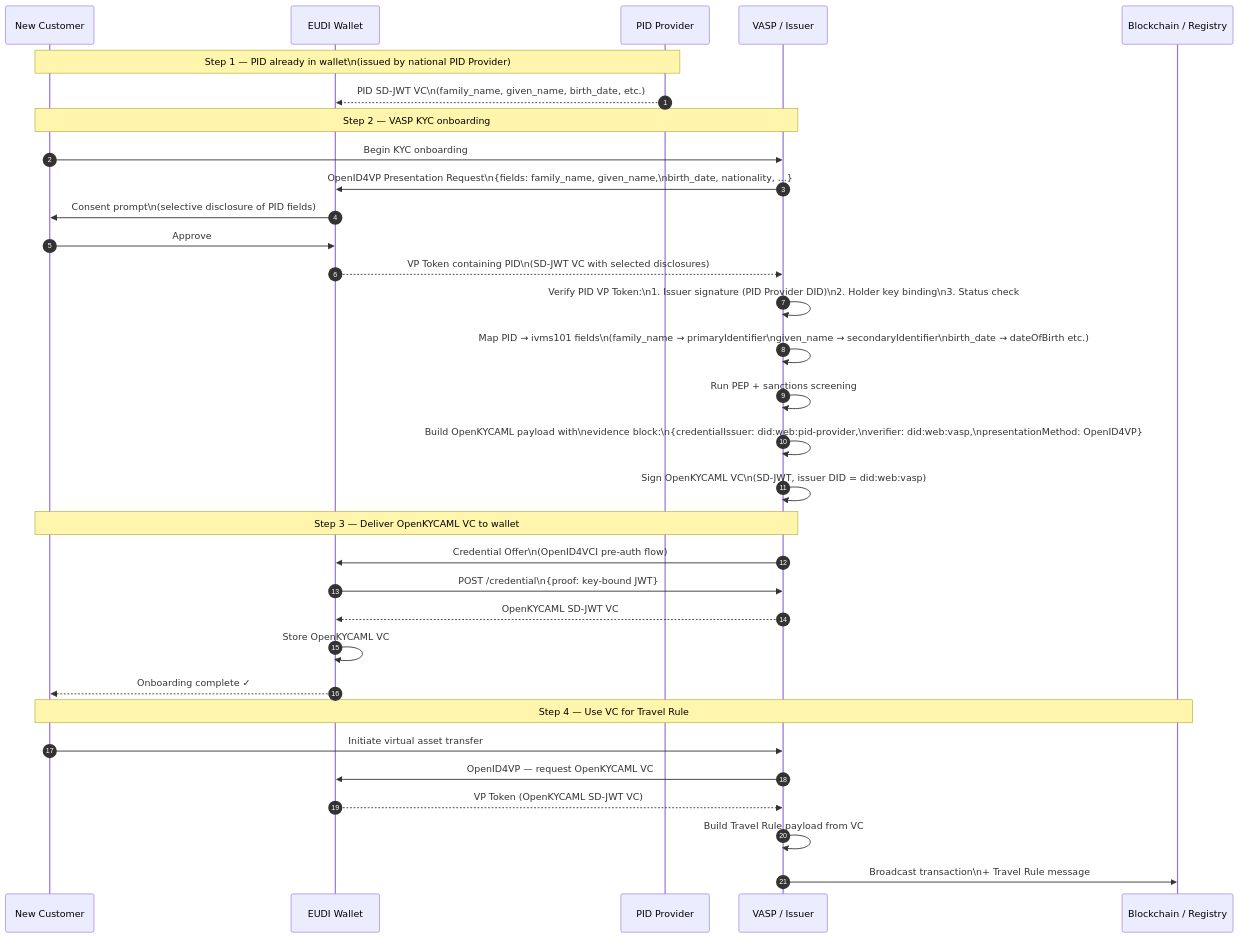
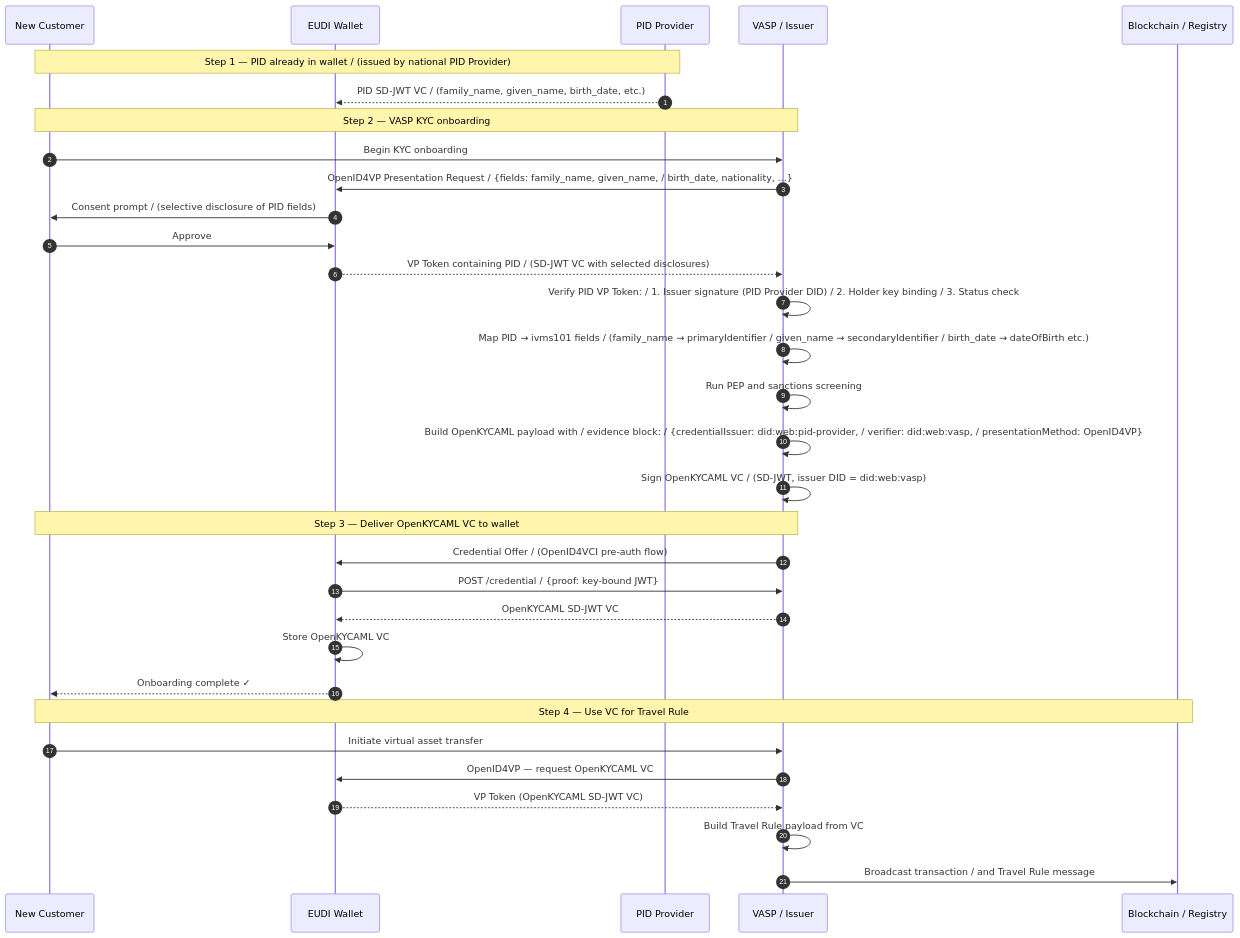
Before and after one commit to Lazy-Jack-Ltd/OpenKYCAML: the eighth of 8 diagrams in docs/diagrams/eidas-sequence-diagrams.md, drawn with Mermaid. The commit also changed other lines of this file and 2 other files, not shown here.

Commit message:
feat: update sequence diagrams for eIDAS and Travel Rule — improve clarity and consistency in Mermaid syntax

````diff
--- a/docs/diagrams/eidas-sequence-diagrams.md
+++ b/docs/diagrams/eidas-sequence-diagrams.md
@@ -215,38 +215,38 @@
 ```mermaid
 sequenceDiagram
     autonumber
     participant Holder as New Customer
     participant Wallet as EUDI Wallet
     participant PIDProvider as PID Provider
     participant VASP as VASP / Issuer
     participant Blockchain as Blockchain / Registry
 
-    Note over Holder,PIDProvider: Step 1 — PID already in wallet\n(issued by national PID Provider)
-    PIDProvider-->>Wallet: PID SD-JWT VC\n(family_name, given_name, birth_date, etc.)
+    Note over Holder,PIDProvider: Step 1 — PID already in wallet / (issued by national PID Provider)
+    PIDProvider-->>Wallet: PID SD-JWT VC / (family_name, given_name, birth_date, etc.)
 
     Note over Holder,VASP: Step 2 — VASP KYC onboarding
     Holder->>VASP: Begin KYC onboarding
-    VASP->>Wallet: OpenID4VP Presentation Request\n{fields: family_name, given_name,\nbirth_date, nationality, ...}
-    Wallet->>Holder: Consent prompt\n(selective disclosure of PID fields)
+    VASP->>Wallet: OpenID4VP Presentation Request / {fields: family_name, given_name, / birth_date, nationality, ...}
+    Wallet->>Holder: Consent prompt / (selective disclosure of PID fields)
     Holder->>Wallet: Approve
-    Wallet-->>VASP: VP Token containing PID\n(SD-JWT VC with selected disclosures)
-    VASP->>VASP: Verify PID VP Token:\n1. Issuer signature (PID Provider DID)\n2. Holder key binding\n3. Status check
-    VASP->>VASP: Map PID → ivms101 fields\n(family_name → primaryIdentifier\ngiven_name → secondaryIdentifier\nbirth_date → dateOfBirth etc.)
-    VASP->>VASP: Run PEP + sanctions screening
-    VASP->>VASP: Build OpenKYCAML payload with\nevidence block:\n{credentialIssuer: did:web:pid-provider,\nverifier: did:web:vasp,\npresentationMethod: OpenID4VP}
-    VASP->>VASP: Sign OpenKYCAML VC\n(SD-JWT, issuer DID = did:web:vasp)
+    Wallet-->>VASP: VP Token containing PID / (SD-JWT VC with selected disclosures)
+    VASP->>VASP: Verify PID VP Token: / 1. Issuer signature (PID Provider DID) / 2. Holder key binding / 3. Status check
+    VASP->>VASP: Map PID → ivms101 fields / (family_name → primaryIdentifier / given_name → secondaryIdentifier / birth_date → dateOfBirth etc.)
+    VASP->>VASP: Run PEP and sanctions screening
+    VASP->>VASP: Build OpenKYCAML payload with / evidence block: / {credentialIssuer: did:web:pid-provider, / verifier: did:web:vasp, / presentationMethod: OpenID4VP}
+    VASP->>VASP: Sign OpenKYCAML VC / (SD-JWT, issuer DID = did:web:vasp)
 
     Note over VASP,Holder: Step 3 — Deliver OpenKYCAML VC to wallet
-    VASP->>Wallet: Credential Offer\n(OpenID4VCI pre-auth flow)
-    Wallet->>VASP: POST /credential\n{proof: key-bound JWT}
+    VASP->>Wallet: Credential Offer / (OpenID4VCI pre-auth flow)
+    Wallet->>VASP: POST /credential / {proof: key-bound JWT}
     VASP-->>Wallet: OpenKYCAML SD-JWT VC
     Wallet->>Wallet: Store OpenKYCAML VC
     Wallet-->>Holder: Onboarding complete ✓
 
     Note over Holder,Blockchain: Step 4 — Use VC for Travel Rule
     Holder->>VASP: Initiate virtual asset transfer
     VASP->>Wallet: OpenID4VP — request OpenKYCAML VC
     Wallet-->>VASP: VP Token (OpenKYCAML SD-JWT VC)
     VASP->>VASP: Build Travel Rule payload from VC
-    VASP->>Blockchain: Broadcast transaction\n+ Travel Rule message
+    VASP->>Blockchain: Broadcast transaction / and Travel Rule message
 ```
````
